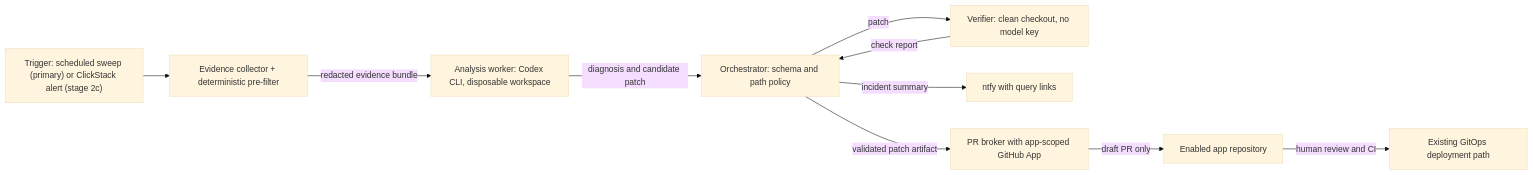
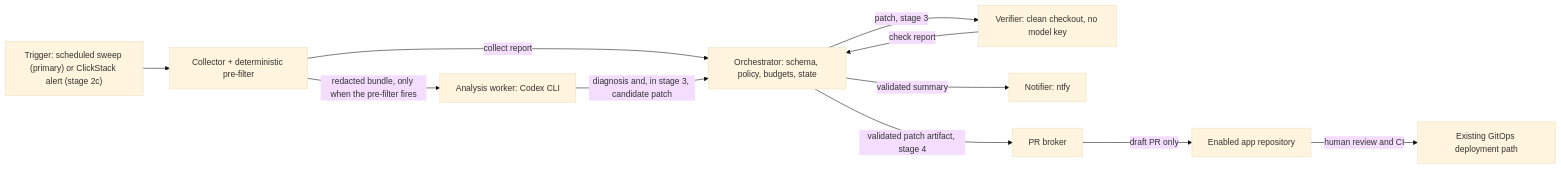
One commit to samclement/swhurl-platform changed the fourth of 4 diagrams in docs/plan.md. Above: the diagram before and after it, drawn with Mermaid (base theme). The commit also changed other lines of this file and 1 other file, not shown here.

First line of the commit message:
Rewrite incident review plan as an implementation contract

````diff
--- a/docs/plan.md
+++ b/docs/plan.md
@@ -462,12 +464,13 @@
 ```mermaid
 flowchart LR
-    signal["Trigger: scheduled sweep (primary) or ClickStack alert (stage 2c)"] --> collect["Evidence collector + deterministic pre-filter"]
-    collect -->|redacted evidence bundle| review[Analysis worker: Codex CLI, disposable workspace]
-    review -->|diagnosis and candidate patch| gate[Orchestrator: schema and path policy]
-    gate -->|patch| verify[Verifier: clean checkout, no model key]
+    signal["Trigger: scheduled sweep (primary) or ClickStack alert (stage 2c)"] --> collect["Collector + deterministic pre-filter"]
+    collect -->|collect report| gate[Orchestrator: schema, policy, budgets, state]
+    collect -->|redacted bundle, only when the pre-filter fires| review[Analysis worker: Codex CLI]
+    review -->|diagnosis and, in stage 3, candidate patch| gate
+    gate -->|patch, stage 3| verify[Verifier: clean checkout, no model key]
     verify -->|check report| gate
-    gate -->|incident summary| notify[ntfy with query links]
-    gate -->|validated patch artifact| broker[PR broker with app-scoped GitHub App]
+    gate -->|validated summary| notify[Notifier: ntfy]
+    gate -->|validated patch artifact, stage 4| broker[PR broker]
     broker -->|draft PR only| repo[Enabled app repository]
     repo -->|human review and CI| merge[Existing GitOps deployment path]
 ```
````
